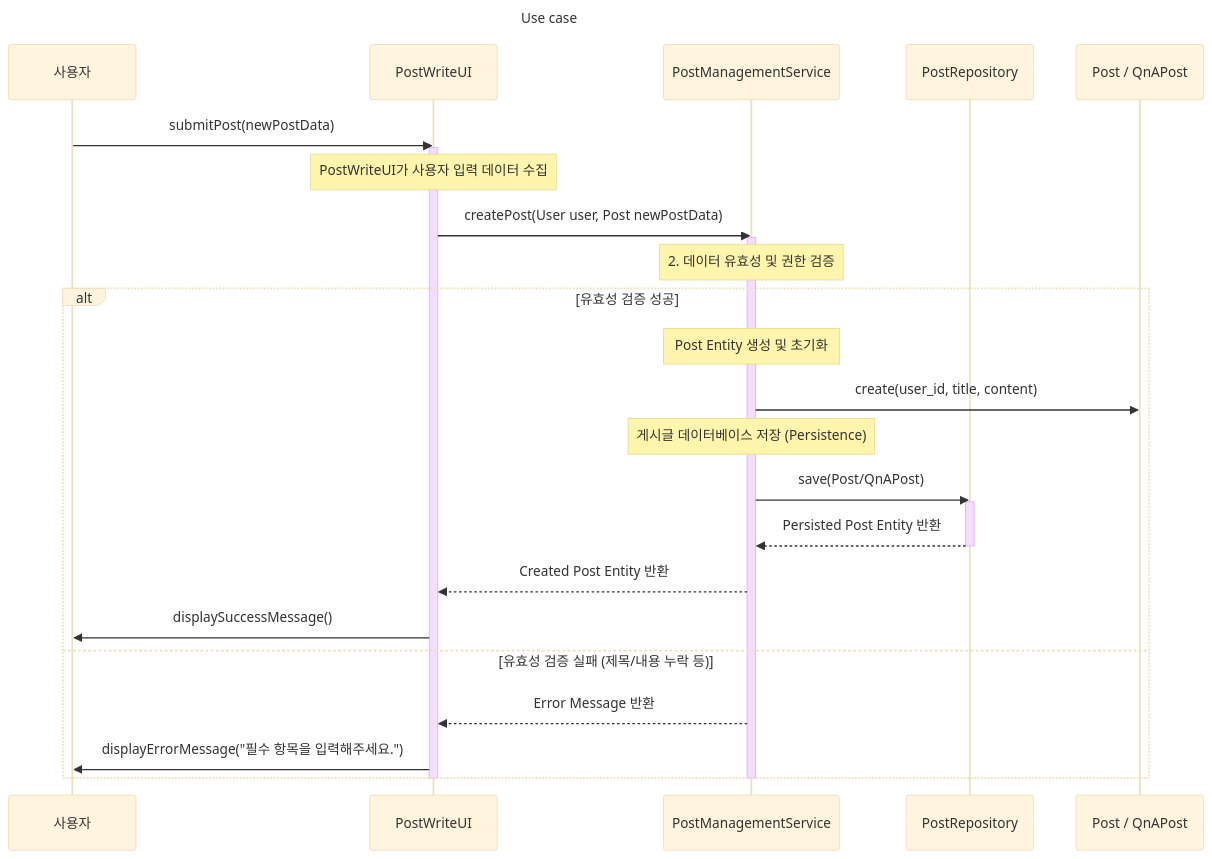
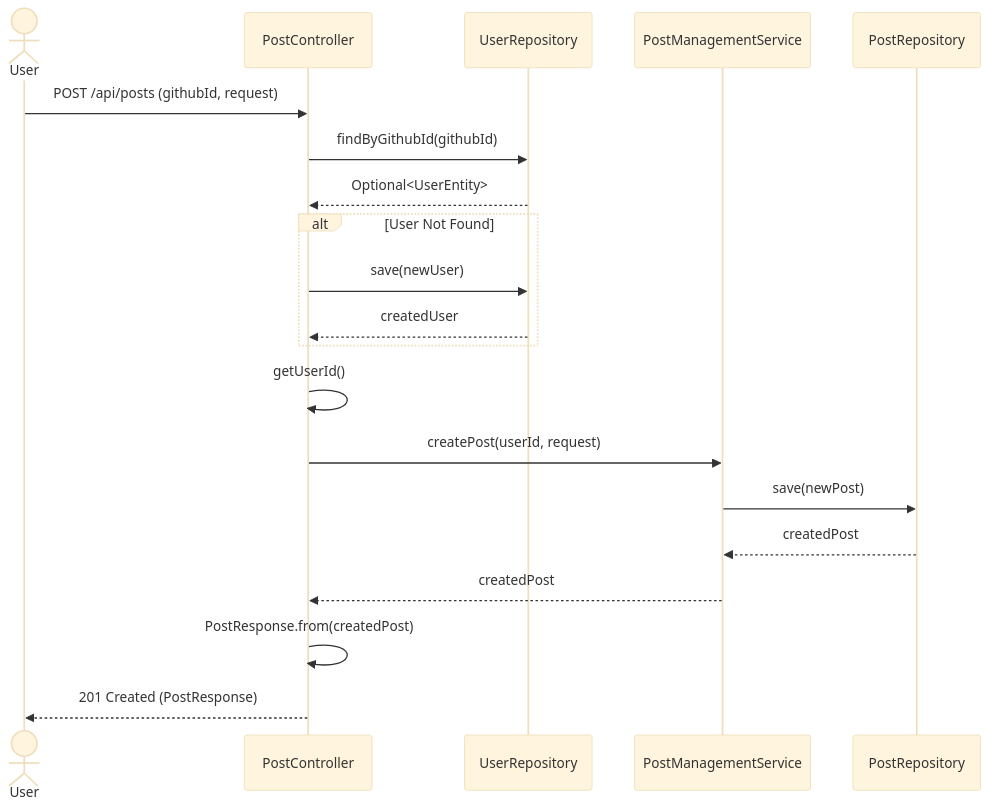
Before and after one commit to OHWCH/se_dev: diagram 32 of 47 in SDS_[깃라잡이].md, drawn with Mermaid (base theme). The commit also changed other lines of this file, not shown here.

````diff
--- a/SDS_[깃라잡이].md
+++ b/SDS_[깃라잡이].md
@@ -5810,41 +5617,27 @@
 ```mermaid
 sequenceDiagram
-    participant User as 사용자
-    participant Boundary as PostWriteUI
-    participant Control as PostManagementService
-    participant Repository_P as PostRepository
-    participant Entity_P as Post / QnAPost
-    
-    Title: Use case #27: 게시글 작성
-    
-    User->>Boundary: submitPost(newPostData)
-    activate Boundary
-    
-    Note over Boundary: PostWriteUI가 사용자 입력 데이터 수집
-    
-    Boundary->>Control: createPost(User user, Post newPostData)
-    activate Control
-    
-    Note over Control: 2. 데이터 유효성 및 권한 검증
-    
-    alt 유효성 검증 성공
-        
-        Note over Control: Post Entity 생성 및 초기화
-        Control->>Entity_P: create(user_id, title, content)
-        
-        Note over Control: 게시글 데이터베이스 저장 (Persistence)
-        Control->>Repository_P: save(Post/QnAPost)
-        activate Repository_P
-        Repository_P-->>Control: Persisted Post Entity 반환
-        deactivate Repository_P
-        
-        Control-->>Boundary: Created Post Entity 반환
-        Boundary->>User: displaySuccessMessage()
-    else 유효성 검증 실패 (제목/내용 누락 등)
-        Control-->>Boundary: Error Message 반환
-        Boundary->>User: displayErrorMessage("필수 항목을 입력해주세요.")
+    actor User
+    User ->> PostController: POST /api/posts (githubId, request)
+
+    %% 1. 사용자 조회/생성 (Controller 내부 로직)
+    PostController ->> UserRepository: findByGithubId(githubId)
+    UserRepository -->> PostController: Optional<UserEntity>
+
+    alt User Not Found
+        PostController ->> UserRepository: save(newUser)
+        UserRepository -->> PostController: createdUser
     end
-    
-    deactivate Control
-    deactivate Boundary
+    PostController ->> PostController: getUserId()
+
+    %% 2. Service 로직 위임
+    PostController ->> PostManagementService: createPost(userId, request)
+
+    PostManagementService ->> PostRepository: save(newPost)
+    PostRepository -->> PostManagementService: createdPost
+
+    PostManagementService -->> PostController: createdPost
+
+    %% 3. 응답
+    PostController ->> PostController: PostResponse.from(createdPost)
+    PostController -->> User: 201 Created (PostResponse)
 ```
````
